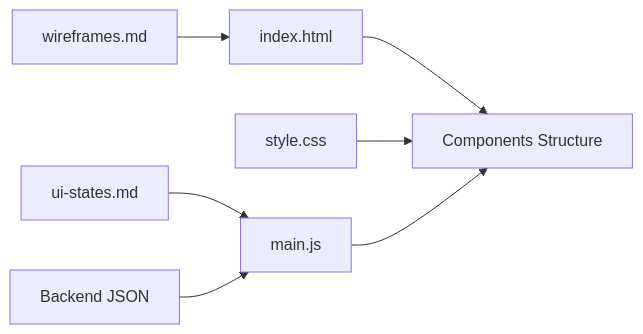
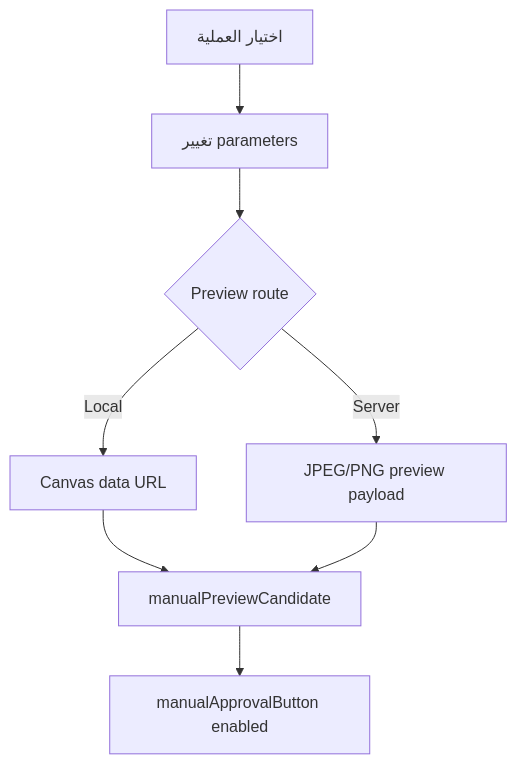
The sixth of 7 diagrams in docs/frontend-components.md (Alhareith/manuscript-doctor), drawn with Mermaid before and after one commit. The commit also changed other lines of this file and 168 other files, not shown here.

````diff
--- a/docs/frontend-components.md
+++ b/docs/frontend-components.md
@@ -381,10 +233,10 @@
 ```mermaid
-flowchart LR
-    A["index.html"] --> D["Components Structure"]
-    B["style.css"] --> D
-    C["main.js"] --> D
-
-    E["wireframes.md"] --> A
-    F["ui-states.md"] --> C
-    G["Backend JSON"] --> C
+flowchart TD
+    A["اختيار العملية"] --> B["تغيير parameters"]
+    B --> C{"Preview route"}
+    C -->|"Local"| D["Canvas data URL"]
+    C -->|"Server"| E["JPEG/PNG preview payload"]
+    D --> F["manualPreviewCandidate"]
+    E --> F
+    F --> G["manualApprovalButton enabled"]
 ```
````
